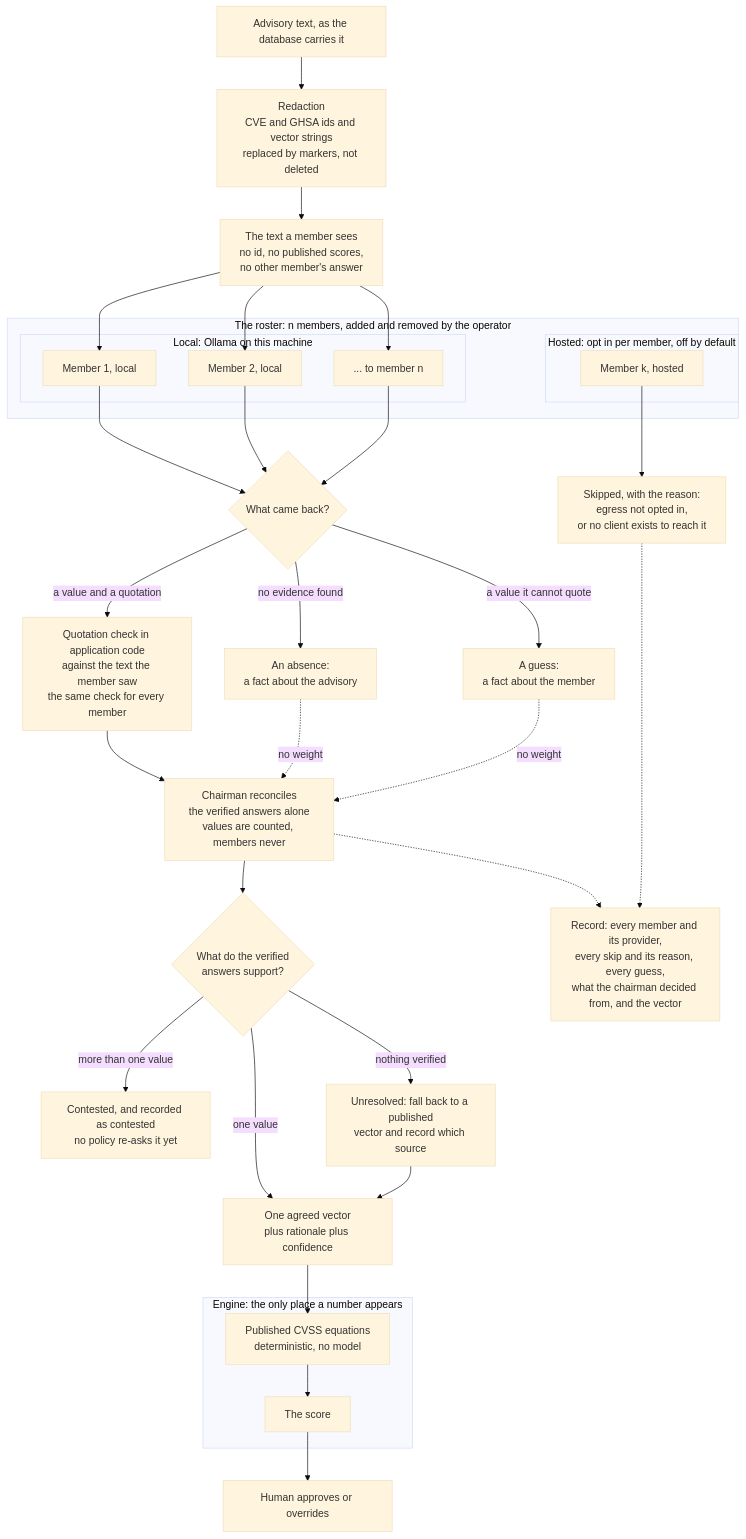
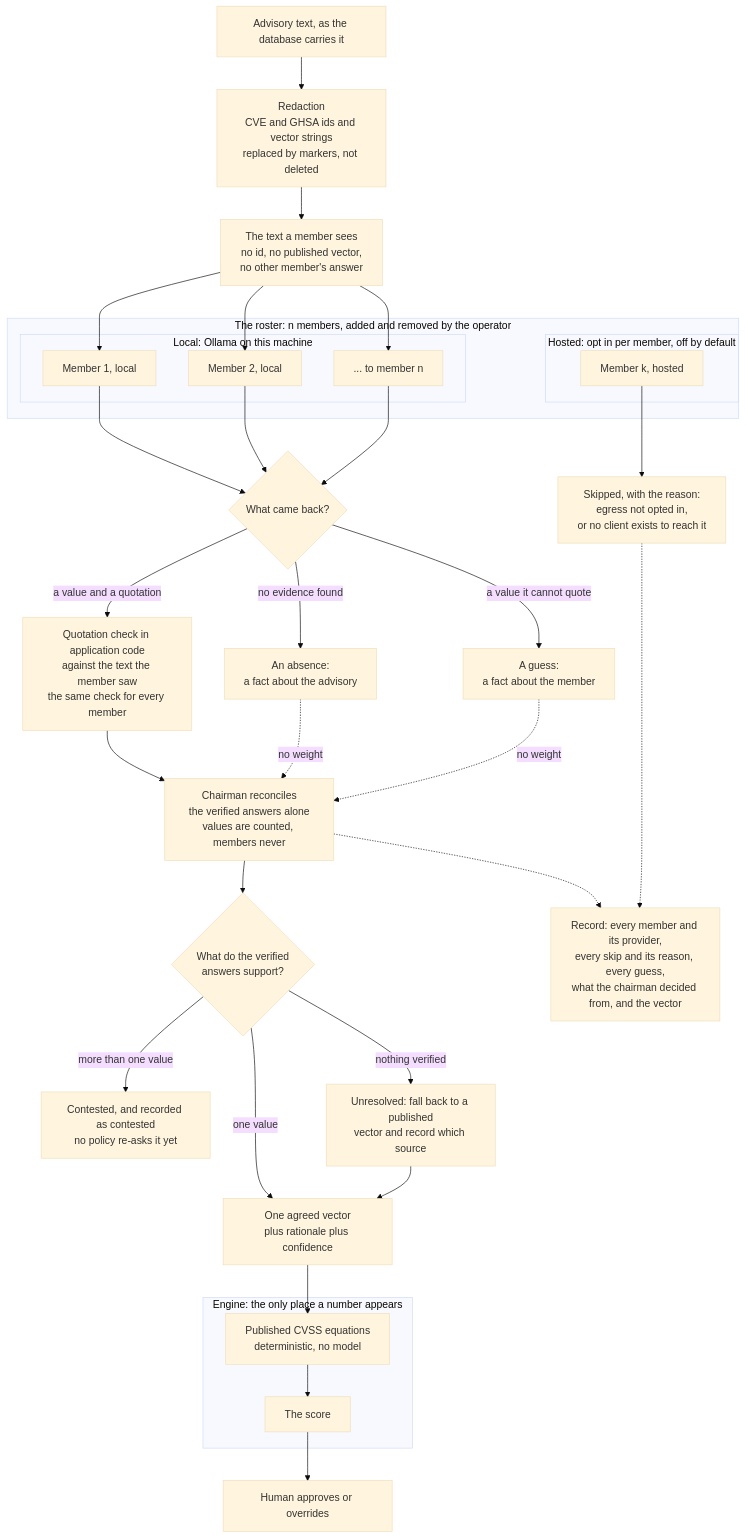
Before and after one commit to heinthtnaung/AgenticLLMAppAuditor: the fourth of 5 diagrams in docs/diagrams.md, drawn with Mermaid (base theme). The commit also changed other lines of this file and 1 other file, not shown here.

````diff
--- a/docs/diagrams.md
+++ b/docs/diagrams.md
@@ -240,50 +240,50 @@
 ```mermaid
 flowchart TD
     raw["Advisory text, as the database carries it"] --> red["Redaction<br/>CVE and GHSA ids and vector strings<br/>replaced by markers, not deleted"]
-    red --> shown["The text a member sees<br/>no id, no published scores,<br/>no other member's answer"]
+    red --> shown["The text a member sees<br/>no id, no published vector,<br/>no other member's answer"]
 
     subgraph ROSTER["The roster: n members, added and removed by the operator"]
         subgraph LOCALM["Local: Ollama on this machine"]
             m1["Member 1, local"]
             m2["Member 2, local"]
             mdot["... to member n"]
         end
         subgraph HOSTM["Hosted: opt in per member, off by default"]
             h1["Member k, hosted"]
         end
     end
 
     shown --> m1
     shown --> m2
     shown --> mdot
     h1 --> skip["Skipped, with the reason:<br/>egress not opted in,<br/>or no client exists to reach it"]
 
     m1 --> rep{"What came back?"}
     m2 --> rep
     mdot --> rep
     rep -->|"a value and a quotation"| qc["Quotation check in application code<br/>against the text the member saw<br/>the same check for every member"]
     rep -->|"no evidence found"| abs["An absence:<br/>a fact about the advisory"]
     rep -->|"a value it cannot quote"| gue["A guess:<br/>a fact about the member"]
 
     qc --> chr["Chairman reconciles<br/>the verified answers alone<br/>values are counted, members never"]
     abs -. "no weight" .-> chr
     gue -. "no weight" .-> chr
 
     chr --> st{"What do the verified<br/>answers support?"}
     st -->|"one value"| vec["One agreed vector<br/>plus rationale plus confidence"]
     st -->|"more than one value"| pol["Contested, and recorded as contested<br/>no policy re-asks it yet"]
     st -->|"nothing verified"| fbk["Unresolved: fall back to a published<br/>vector and record which source"]
     fbk --> vec
 
     subgraph DETERM["Engine: the only place a number appears"]
         eng["Published CVSS equations<br/>deterministic, no model"]
         eng --> num["The score"]
     end
 
     vec --> eng
     num --> hmn["Human approves or overrides"]
 
     rec["Record: every member and its provider,<br/>every skip and its reason, every guess,<br/>what the chairman decided from, and the vector"]
     chr -.-> rec
     skip -.-> rec
 ```
````
